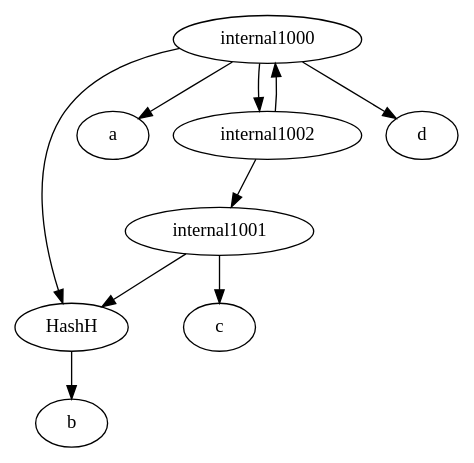
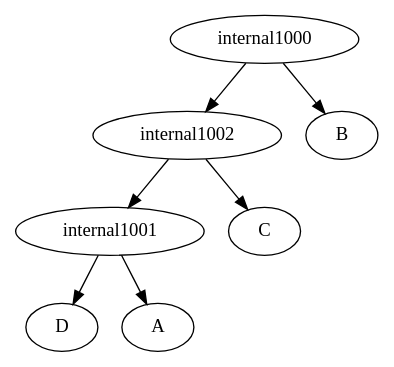
Before and after one commit to iharnoor/PhylogeneticsWebsite: the diagram in ParsingTxt/Launcher/upload.dot, drawn with Graphviz. The commit also changed 4 other files, not shown here.

```diff
--- a/ParsingTxt/Launcher/upload.dot
+++ b/ParsingTxt/Launcher/upload.dot
@@ -1,11 +1,8 @@
 strict digraph G1 {
-HashH -> b
-internal1000 -> HashH
-internal1000 -> a
-internal1001 -> c
-internal1001 -> HashH
+internal1001 -> D
+internal1001 -> A
 internal1002 -> internal1001
-internal1002 -> internal1000
-internal1000 -> d
+internal1002 -> C
 internal1000 -> internal1002
+internal1000 -> B
 }
```
